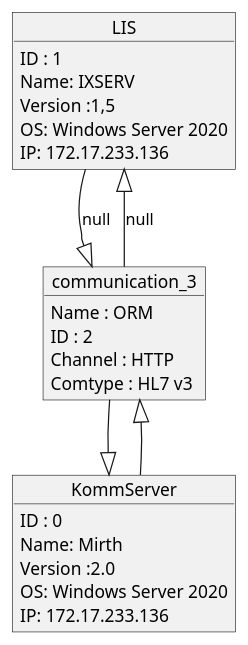
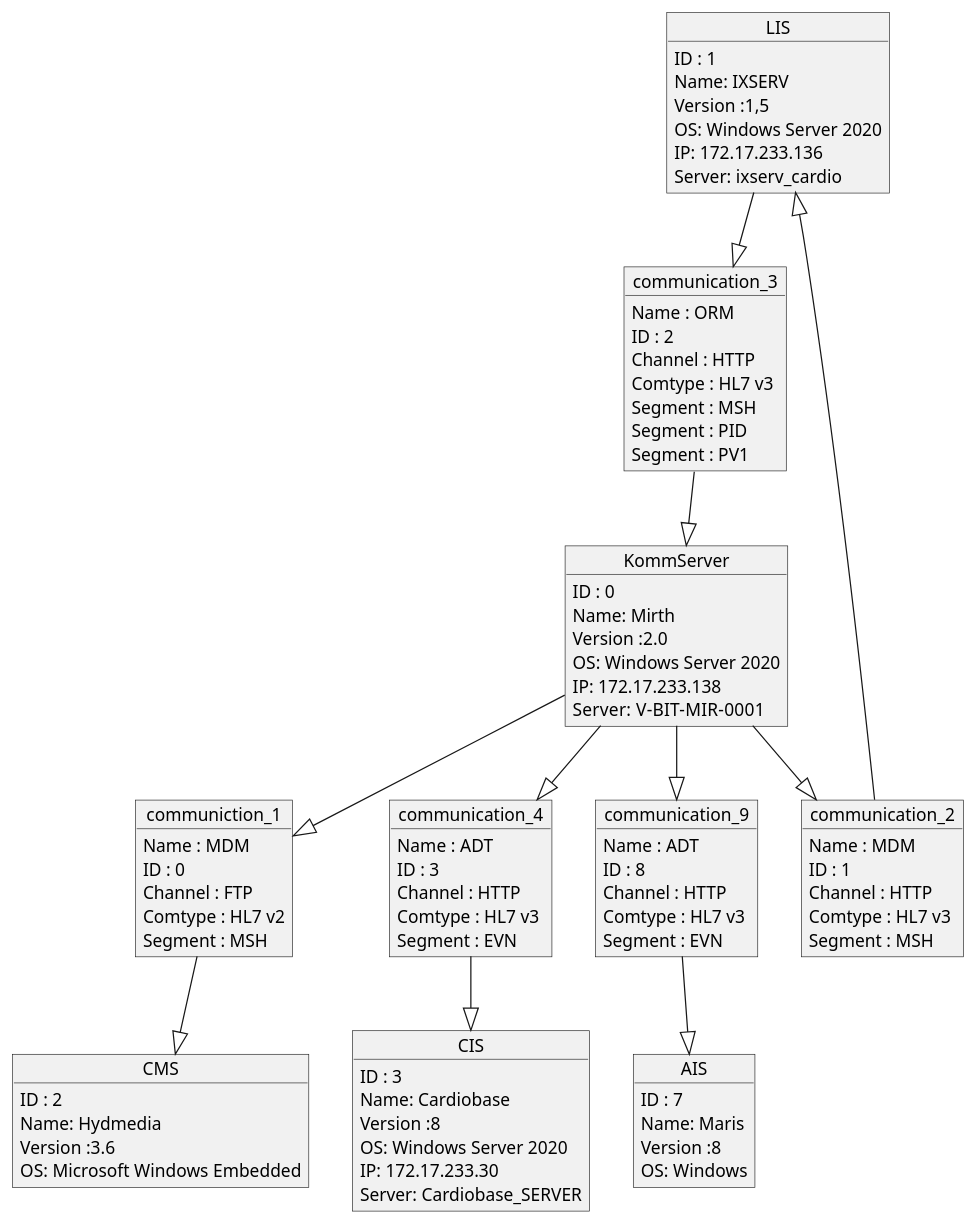
The diagram in static/puml/LIS.puml (VirtualReality1/topologieSpringBoot), drawn with PlantUML before and after one commit. The commit also changed 15 other files, not shown here.

```diff
--- a/static/puml/LIS.puml
+++ b/static/puml/LIS.puml
@@ -1,23 +1,75 @@
 @startuml
 object LIS
 object KommServer
 KommServer : ID : 0
 KommServer : Name: Mirth
 KommServer : Version :2.0
 KommServer : OS: Windows Server 2020
-KommServer : IP: 172.17.233.136
+KommServer : IP: 172.17.233.138
+KommServer : Server:  V-BIT-MIR-0001
+object CMS
+CMS : ID : 2
+CMS : Name: Hydmedia
+CMS : Version :3.6
+CMS : OS: Microsoft Windows Embedded
 object communication_3
 communication_3 : Name : ORM
 communication_3 : ID : 2
 communication_3 : Channel : HTTP
 communication_3 : Comtype : HL7 v3
-LIS --|> communication_3:null
+object communiction_1
+communiction_1 : Name : MDM
+communiction_1 : ID : 0
+communiction_1 : Channel : FTP
+communiction_1 : Comtype : HL7 v2
+KommServer --|> communiction_1
+communiction_1 --|> CMS
+communiction_1 : Segment : MSH
+object communication_2
+communication_2 : Name : MDM
+communication_2 : ID : 1
+communication_2 : Channel : HTTP
+communication_2 : Comtype : HL7 v3
+KommServer --|> communication_2
+communication_2 --|> LIS
+communication_2 : Segment : MSH
+object CIS
+CIS : ID : 3
+CIS : Name: Cardiobase
+CIS : Version :8
+CIS : OS: Windows Server 2020
+CIS : IP: 172.17.233.30
+CIS : Server: Cardiobase_SERVER
+object communication_4
+communication_4 : Name : ADT
+communication_4 : ID : 3
+communication_4 : Channel : HTTP
+communication_4 : Comtype : HL7 v3
+KommServer --|> communication_4
+communication_4 --|> CIS
+communication_4 : Segment : EVN
+object AIS
+AIS : ID : 7
+AIS : Name: Maris
+AIS : Version :8
+AIS : OS: Windows
+object communication_9
+communication_9 : Name : ADT
+communication_9 : ID : 8
+communication_9 : Channel : HTTP
+communication_9 : Comtype : HL7 v3
+KommServer --|> communication_9
+communication_9 --|> AIS
+communication_9 : Segment : EVN
+LIS --|> communication_3
 communication_3 --|> KommServer
-LIS <|-- communication_3:null
-communication_3 <|-- KommServer
+communication_3 : Segment : MSH
+communication_3 : Segment : PID
+communication_3 : Segment : PV1
 LIS : ID : 1
 LIS : Name: IXSERV
 LIS : Version :1,5
 LIS : OS: Windows Server 2020
 LIS : IP: 172.17.233.136
+LIS : Server: ixserv_cardio
 @enduml
```
